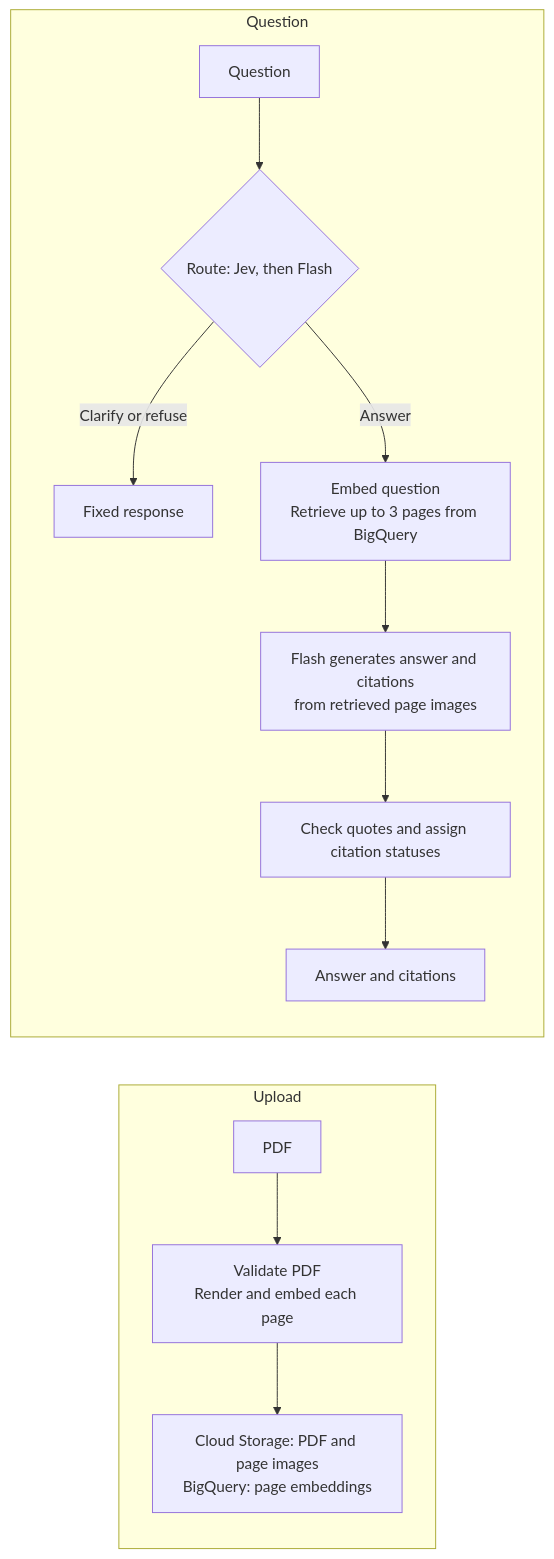
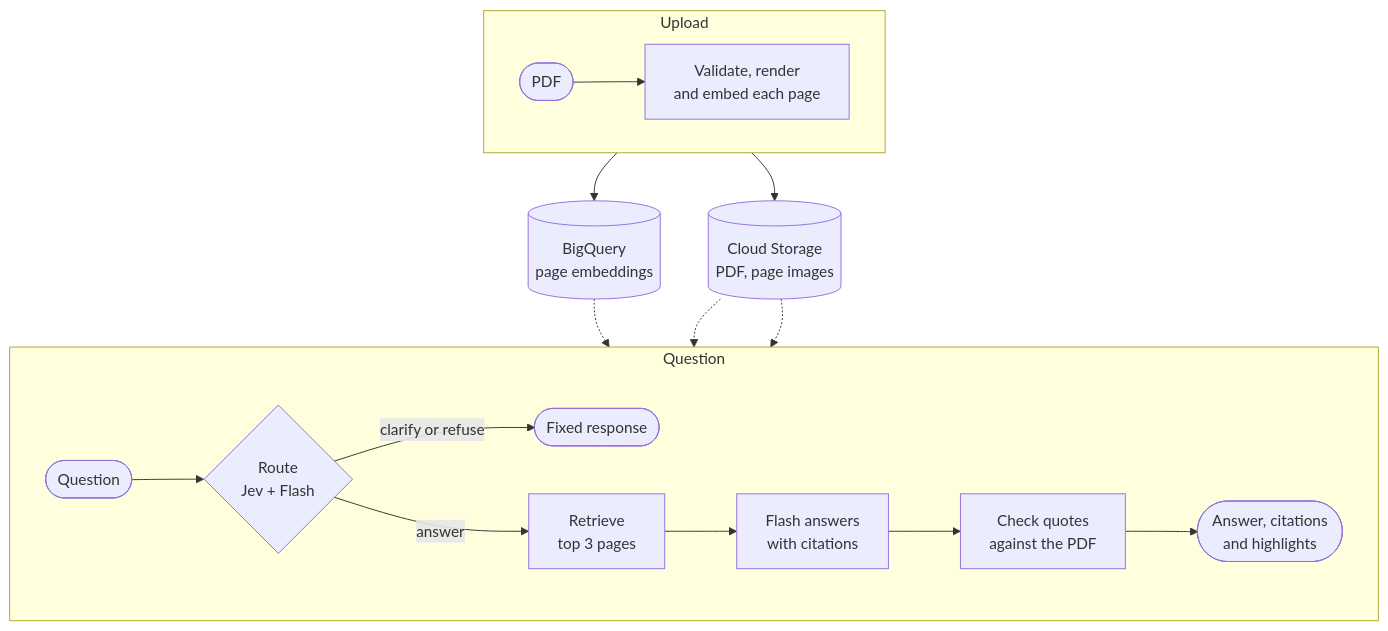
One commit to ma-esf/seetonic changed the diagram in README.md. Above: the diagram before and after it, drawn with Mermaid.

Commit message:
Redraw the README diagram to show how upload and question share storage

````diff
--- a/README.md
+++ b/README.md
@@ -31,18 +31,27 @@
 ```mermaid
-flowchart LR
+flowchart TB
+    accTitle: How Seetonic answers a question about a PDF
+    accDescr: An upload stores page images in Cloud Storage and page embeddings in BigQuery. A question is routed by Jev and Flash, then answered from the top three pages, and each quote is checked against the PDF.
+
     subgraph upload["Upload"]
-        direction TB
-        pdf["PDF"] --> prepare["Validate PDF<br/>Render and embed each page"]
-        prepare --> storage["Cloud Storage: PDF and page images<br/>BigQuery: page embeddings"]
+        direction LR
+        pdf(["PDF"]) --> prepare["Validate, render<br/>and embed each page"]
     end
 
+    gcs[("Cloud Storage<br/>PDF, page images")]
+    bq[("BigQuery<br/>page embeddings")]
+    prepare --> gcs & bq
+
     subgraph ask["Question"]
-        direction TB
-        question["Question"] --> route{"Route: Jev, then Flash"}
-        route -->|"Clarify or refuse"| fixed["Fixed response"]
-        route -->|"Answer"| retrieve["Embed question<br/>Retrieve up to 3 pages from BigQuery"]
-        retrieve --> generate["Flash generates answer and citations<br/>from retrieved page images"]
-        generate --> verify["Check quotes and assign citation statuses"]
-        verify --> response["Answer and citations"]
+        direction LR
+        question(["Question"]) --> route{"Route<br/>Jev + Flash"}
+        route -->|clarify or refuse| fixed(["Fixed response"])
+        route -->|answer| retrieve["Retrieve<br/>top 3 pages"]
+        retrieve --> generate["Flash answers<br/>with citations"]
+        generate --> verify["Check quotes<br/>against the PDF"]
+        verify --> response(["Answer, citations<br/>and highlights"])
     end
+
+    bq -.-> retrieve
+    gcs -.-> generate & verify
 ```
````
